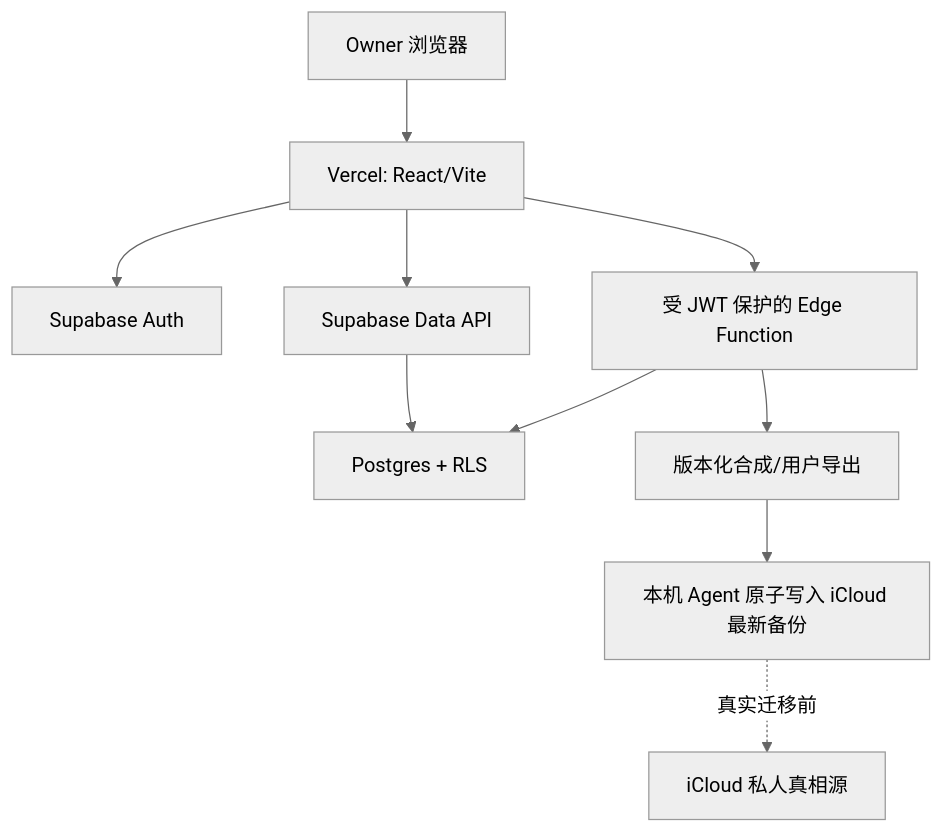
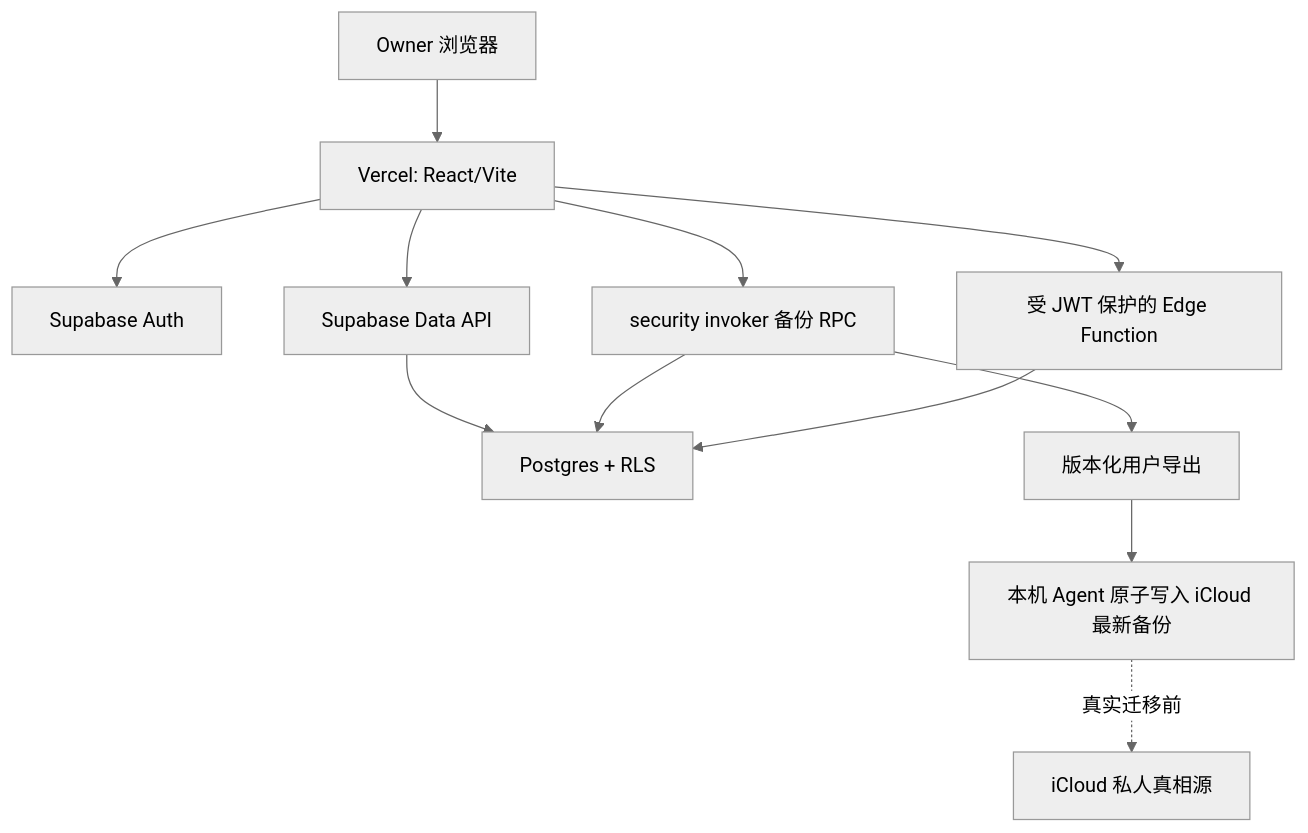
Before and after one commit to Matthew-1996/life-assistant: the diagram in docs/knowledge-base/生活助手-LifeConsole-2.2.0/技术方案-生活助手-LifeConsole-2.2.0.md, drawn with Mermaid (neutral theme). The commit also changed other lines of this file and 1 other file, not shown here.

````diff
--- a/docs/knowledge-base/生活助手-LifeConsole-2.2.0/技术方案-生活助手-LifeConsole-2.2.0.md
+++ b/docs/knowledge-base/生活助手-LifeConsole-2.2.0/技术方案-生活助手-LifeConsole-2.2.0.md
@@ -12,12 +12,14 @@
 ```mermaid
 flowchart TB
   U["Owner 浏览器"] --> V["Vercel: React/Vite"]
   V --> A["Supabase Auth"]
   V --> D["Supabase Data API"]
   D --> P["Postgres + RLS"]
+  V --> R["security invoker 备份 RPC"]
+  R --> P
+  R --> X["版本化用户导出"]
   V --> F["受 JWT 保护的 Edge Function"]
   F --> P
-  F --> X["版本化合成/用户导出"]
   X --> L["本机 Agent 原子写入 iCloud 最新备份"]
   L -. "真实迁移前" .-> I["iCloud 私人真相源"]
 ```
````
